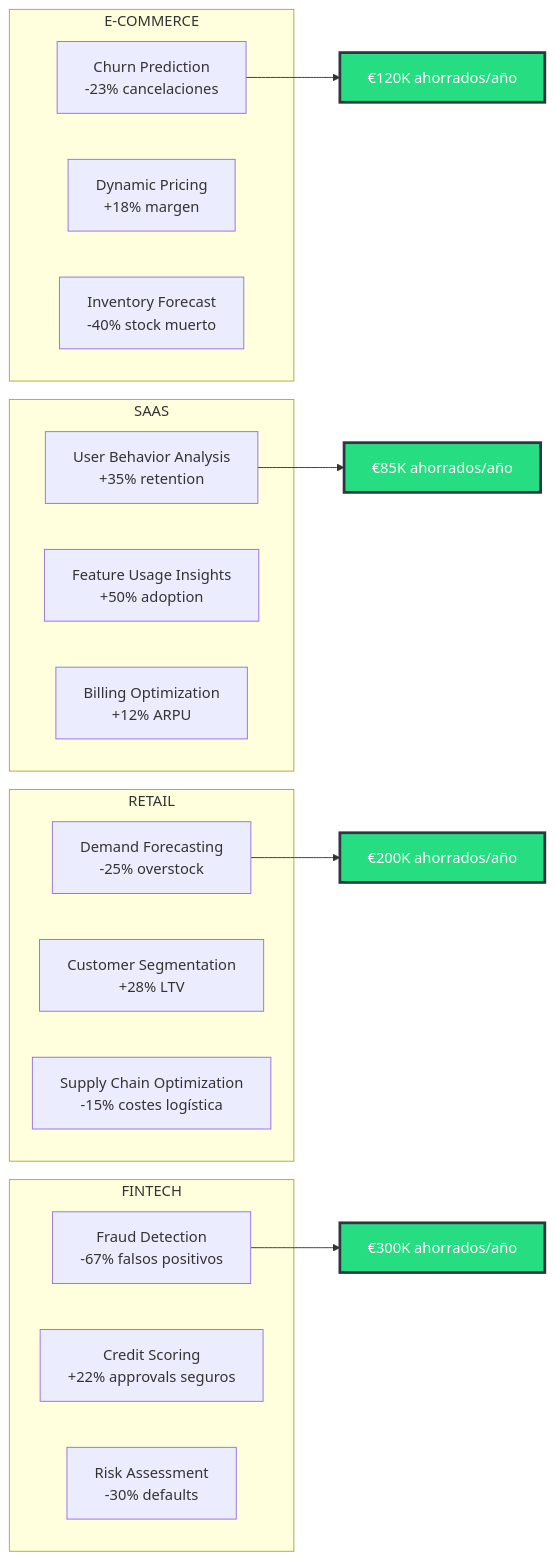
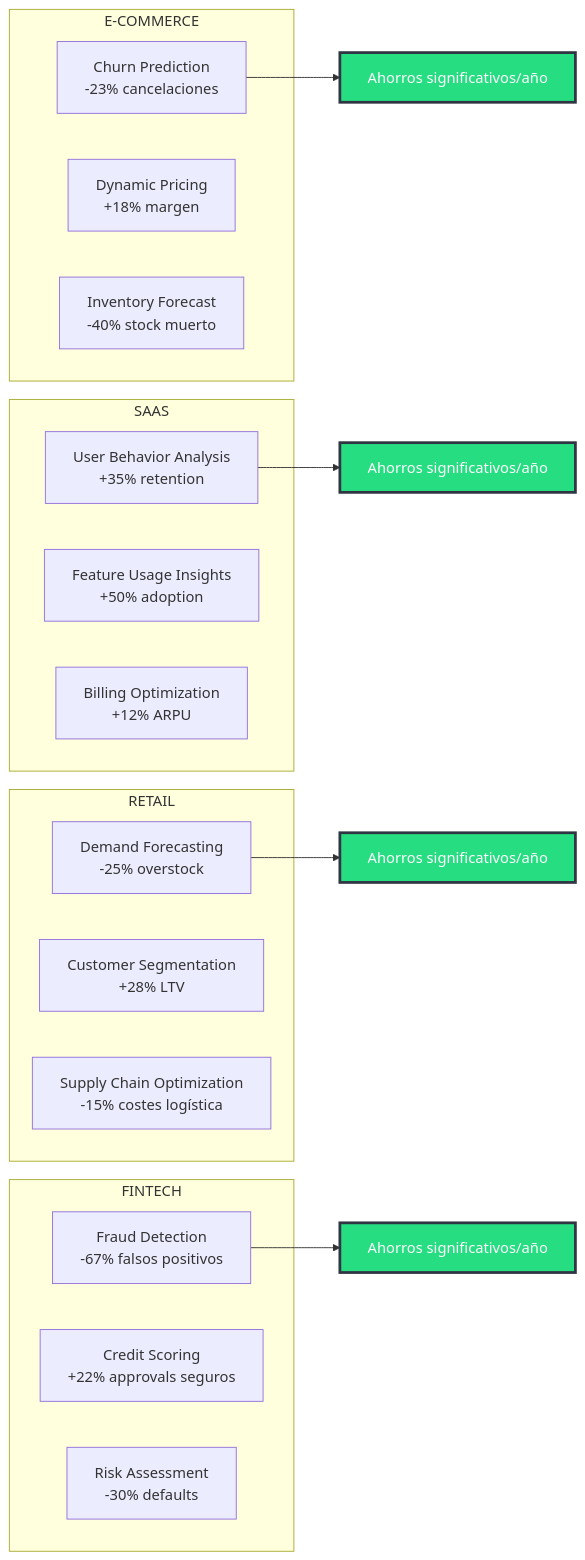
Before and after one commit to arielmmdx/offering: the tenth of 17 diagrams in OFFERING.md, drawn with Mermaid. The commit also changed other lines of this file, not shown here.

````diff
--- a/OFFERING.md
+++ b/OFFERING.md
@@ -434,36 +433,36 @@
 ```mermaid
 graph LR
     subgraph "E-COMMERCE"
         A1[Churn Prediction<br/>-23% cancelaciones]
         A2[Dynamic Pricing<br/>+18% margen]
         A3[Inventory Forecast<br/>-40% stock muerto]
     end
     
     subgraph "SAAS"
         B1[User Behavior Analysis<br/>+35% retention]
         B2[Feature Usage Insights<br/>+50% adoption]
         B3[Billing Optimization<br/>+12% ARPU]
     end
     
     subgraph "RETAIL"
         C1[Demand Forecasting<br/>-25% overstock]
         C2[Customer Segmentation<br/>+28% LTV]
         C3[Supply Chain Optimization<br/>-15% costes logística]
     end
     
     subgraph "FINTECH"
         D1[Fraud Detection<br/>-67% falsos positivos]
         D2[Credit Scoring<br/>+22% approvals seguros]
         D3[Risk Assessment<br/>-30% defaults]
     end
     
-    A1 --> ROI1[€120K ahorrados/año]
-    B1 --> ROI2[€85K ahorrados/año]
-    C1 --> ROI3[€200K ahorrados/año]
-    D1 --> ROI4[€300K ahorrados/año]
+    A1 --> ROI1[Ahorros significativos/año]
+    B1 --> ROI2[Ahorros significativos/año]
+    C1 --> ROI3[Ahorros significativos/año]
+    D1 --> ROI4[Ahorros significativos/año]
     
     style ROI1 fill:#26de81,stroke:#2f3542,stroke-width:3px,color:#fff
     style ROI2 fill:#26de81,stroke:#2f3542,stroke-width:3px,color:#fff
     style ROI3 fill:#26de81,stroke:#2f3542,stroke-width:3px,color:#fff
     style ROI4 fill:#26de81,stroke:#2f3542,stroke-width:3px,color:#fff
 ```
````
